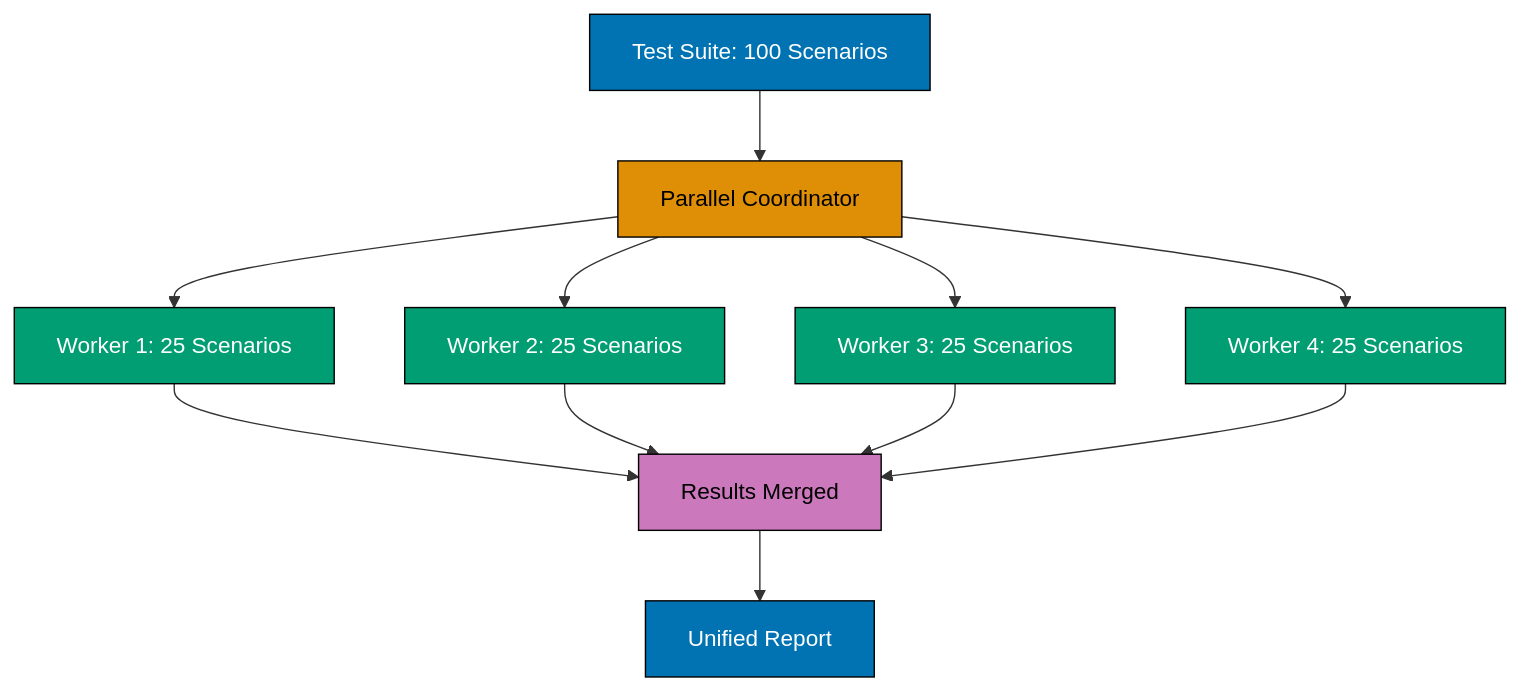
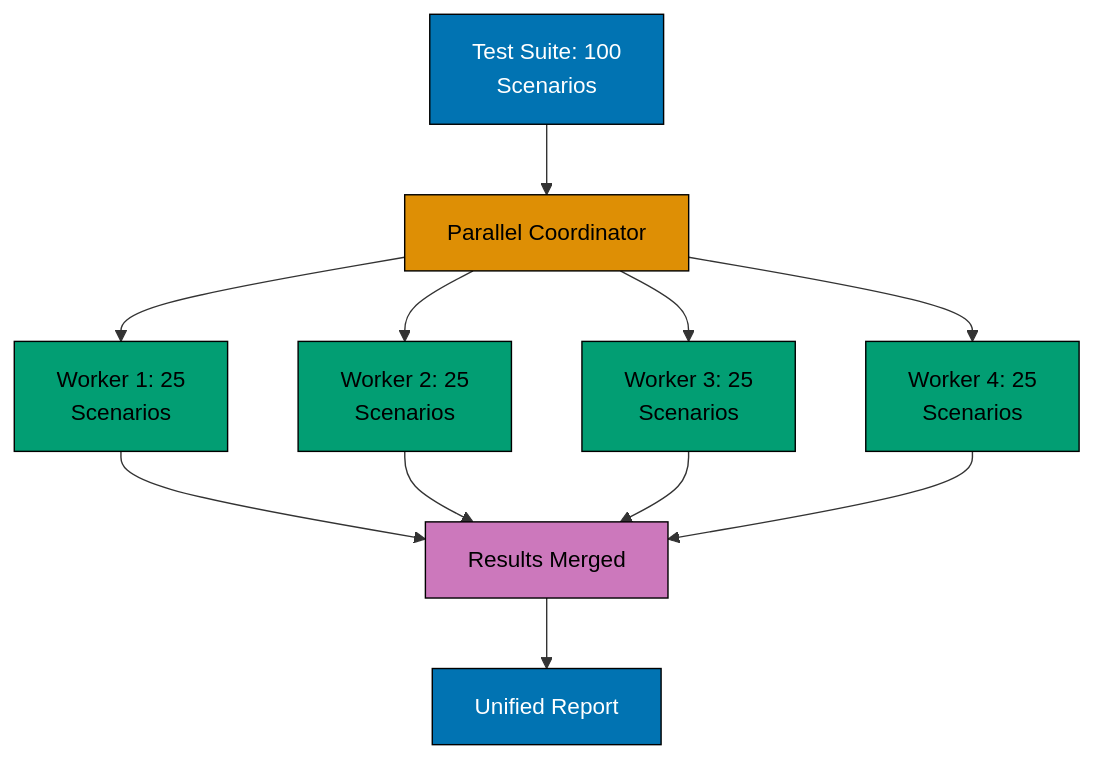
The fifth of 9 diagrams in apps/ayokoding-www/content/en/learn/legacy/software-engineering/development/behavior-driven-development-bdd/by-example/intermediate.md (wahidyankf/ose-public), drawn with Mermaid before and after one commit. The commit also changed other lines of this file and 78 other files, not shown here.

First line of the commit message:
fix(mermaid): bring the remaining legacy software-engineering diagrams onto the accessible palette

````diff
--- a/apps/ayokoding-www/content/en/learn/legacy/software-engineering/development/behavior-driven-development-bdd/by-example/intermediate.md
+++ b/apps/ayokoding-www/content/en/learn/legacy/software-engineering/development/behavior-driven-development-bdd/by-example/intermediate.md
@@ -1786,23 +1805,30 @@
 ```mermaid
 %% Color Palette: Blue #0173B2, Orange #DE8F05, Teal #029E73, Purple #CC78BC, Brown #CA9161
 graph TD
-    A[Test Suite: 100 Scenarios] --> B[Parallel Coordinator]
-    B --> C[Worker 1: 25 Scenarios]
-    B --> D[Worker 2: 25 Scenarios]
-    B --> E[Worker 3: 25 Scenarios]
-    B --> F[Worker 4: 25 Scenarios]
+    accTitle: Diagram
+    accDescr: Graph with 8 nodes and 10 connections. Nodes: Test Suite: 100 Scenarios, Parallel Coordinator, Worker 1: 25 Scenarios, Worker 2: 25 Scenarios, Worker 3: 25 Scenarios, Worker 4: 25 Scenarios, Results Merged, Unified Report. Connections: Test Suite: 100 Scenarios to Parallel Coordinator, Parallel Coordinator to Worker 1: 25 Scenarios, Parallel Coordinator to Worker 2: 25 Scenarios, Parallel Coordinator to Worker 3: 25 Scenarios, Parallel Coordinator to Worker 4: 25 Scenarios, Worker 1: 25 Scenarios to Results Merged, Worker 2: 25 Scenarios to Results Merged, Worker 3: 25 Scenarios to Results Merged, Worker 4: 25 Scenarios to Results Merged, Results Merged to Unified Report.
+    A[Test Suite: 100<br/>Scenarios] --> B[Parallel Coordinator]
+    B --> C[Worker 1: 25<br/>Scenarios]
+    B --> D[Worker 2: 25<br/>Scenarios]
+    B --> E[Worker 3: 25<br/>Scenarios]
+    B --> F[Worker 4: 25<br/>Scenarios]
     C --> G[Results Merged]
     D --> G
     E --> G
     F --> G
     G --> H[Unified Report]
 
-    style A fill:#0173B2,stroke:#000,color:#fff
-    style B fill:#DE8F05,stroke:#000,color:#000
-    style C fill:#029E73,stroke:#000,color:#fff
-    style D fill:#029E73,stroke:#000,color:#fff
-    style E fill:#029E73,stroke:#000,color:#fff
-    style F fill:#029E73,stroke:#000,color:#fff
-    style G fill:#CC78BC,stroke:#000,color:#000
-    style H fill:#0173B2,stroke:#000,color:#fff
+    classDef pal-0173B2 fill:#0173B2,stroke:#000000,color:#FFFFFF
+    class A pal-0173B2
+    classDef pal-DE8F05 fill:#DE8F05,stroke:#000000,color:#000000
+    class B pal-DE8F05
+    classDef pal-029E73 fill:#029E73,stroke:#000000,color:#000000
+    class C pal-029E73
+    class D pal-029E73
+    class E pal-029E73
+    class F pal-029E73
+    classDef pal-CC78BC fill:#CC78BC,stroke:#000000,color:#000000
+    class G pal-CC78BC
+    class H pal-0173B2
+    classDef default fill:#FFFFFF,stroke:#000000,color:#000000
 ```
````
